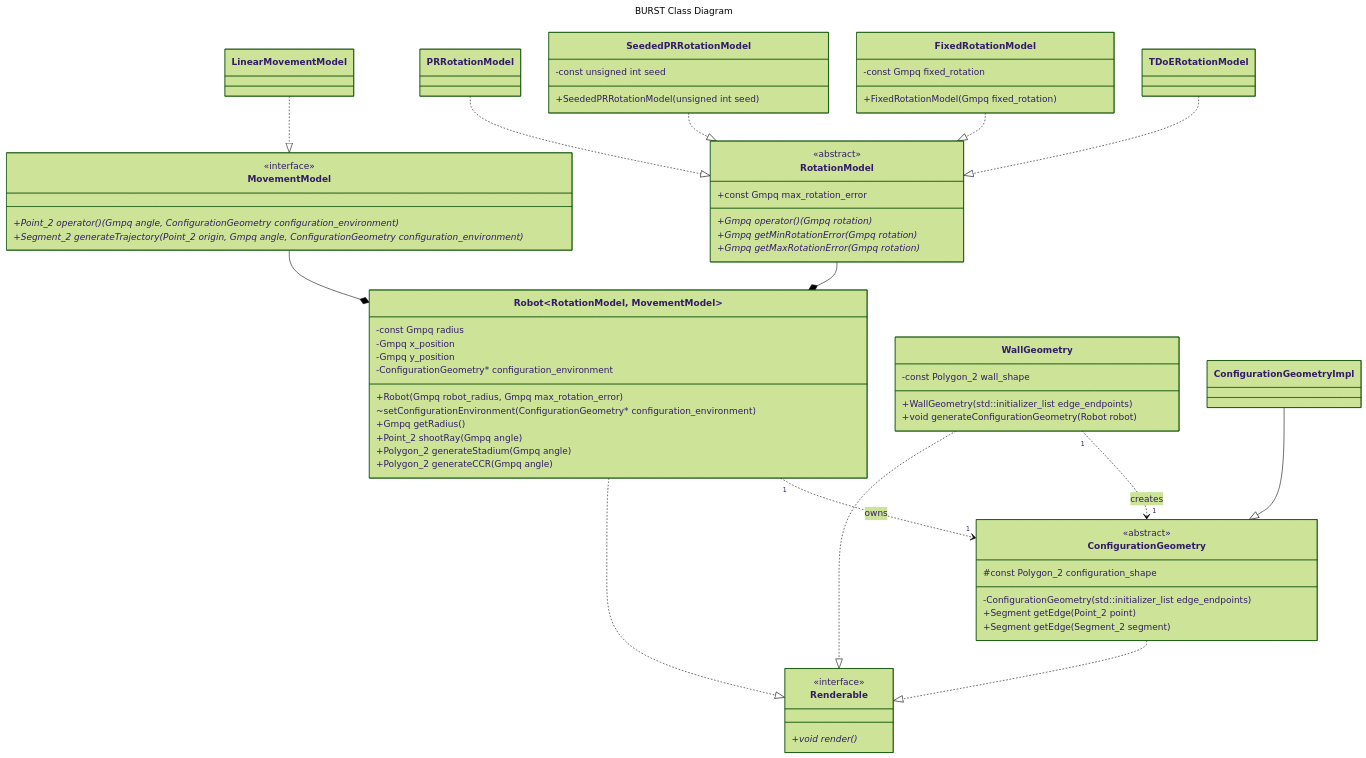
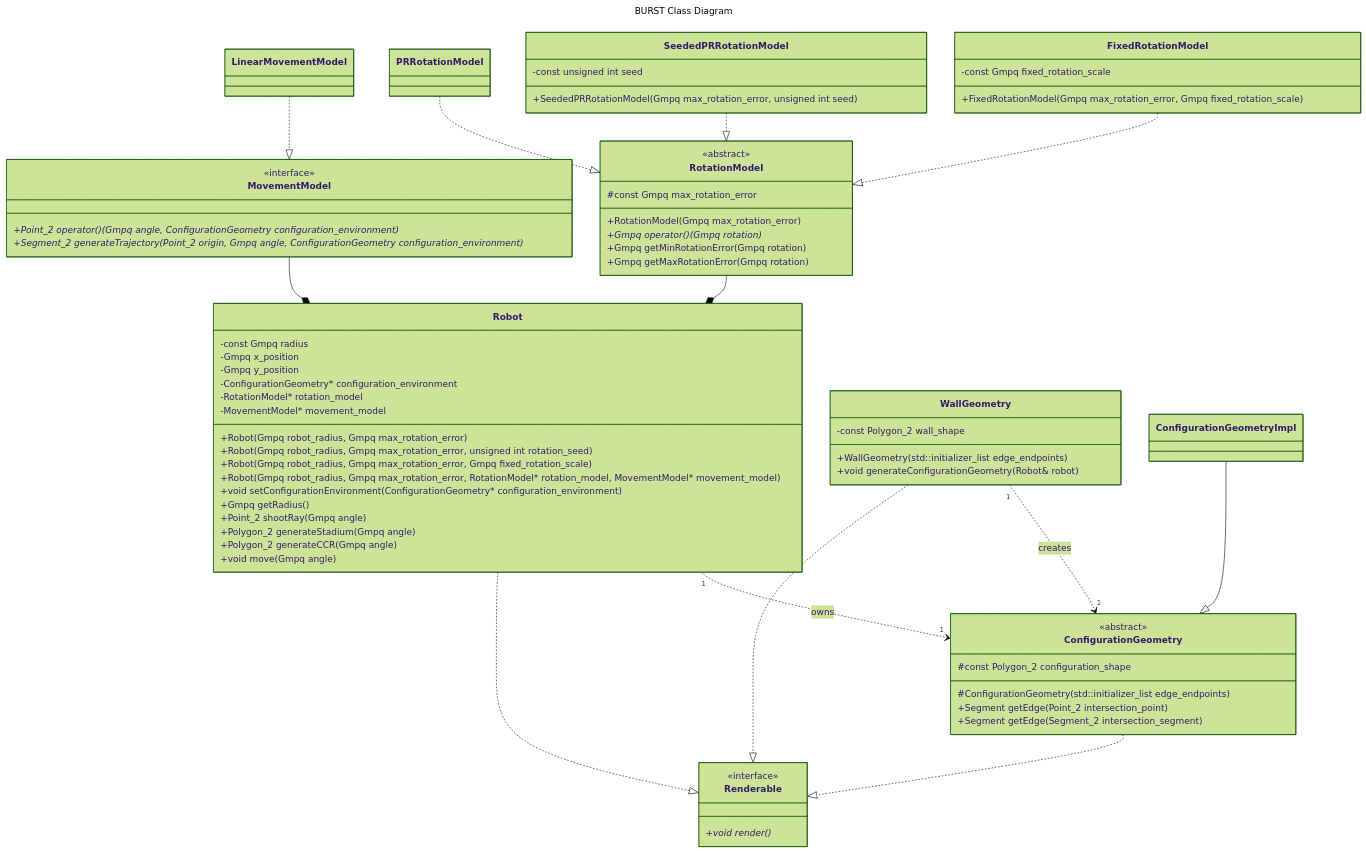
The diagram in docs/DESIGN.md (KedarPanchal/DAIR-BURST), drawn with Mermaid (forest theme) before and after one commit. The commit also changed 5 other files, not shown here.

```diff
--- a/docs/DESIGN.md
+++ b/docs/DESIGN.md
@@ -20,10 +20,12 @@
 classDiagram
     direction TD
     class RotationModel {
-        +const Gmpq max_rotation_error
+        #const Gmpq max_rotation_error
+
+        +RotationModel(Gmpq max_rotation_error)
         +Gmpq operator() (Gmpq rotation)*
-        +Gmpq getMinRotationError(Gmpq rotation)*
-        +Gmpq getMaxRotationError(Gmpq rotation)*
+        +Gmpq getMinRotationError(Gmpq rotation)
+        +Gmpq getMaxRotationError(Gmpq rotation)
     }
     <<abstract>> RotationModel
     
@@ -32,18 +34,16 @@
 
     class SeededPRRotationModel {
         -const unsigned int seed
-        +SeededPRRotationModel(unsigned int seed)
+
+        +SeededPRRotationModel(Gmpq max_rotation_error, unsigned int seed)
     }
     SeededPRRotationModel ..|> RotationModel
 
     class FixedRotationModel {
-        -const Gmpq fixed_rotation
-        +FixedRotationModel(Gmpq fixed_rotation)
+        -const Gmpq fixed_rotation_scale
+        +FixedRotationModel(Gmpq max_rotation_error, Gmpq fixed_rotation_scale)
     }
     FixedRotationModel ..|> RotationModel
-
-    class TDoERotationModel
-    TDoERotationModel ..|> RotationModel
 
     class MovementModel {
         +Point_2 operator() (Gmpq angle, ConfigurationGeometry configuration_environment)*
@@ -59,18 +59,24 @@
     }
     <<interface>> Renderable
 
-    class Robot~RotationModel, MovementModel~ {
+    class Robot {
         -const Gmpq radius
         -Gmpq x_position
         -Gmpq y_position
         -ConfigurationGeometry* configuration_environment
+        -RotationModel* rotation_model
+        -MovementModel* movement_model
 
         +Robot(Gmpq robot_radius, Gmpq max_rotation_error)
-        ~setConfigurationEnvironment(ConfigurationGeometry* configuration_environment)
+        +Robot(Gmpq robot_radius, Gmpq max_rotation_error, unsigned int rotation_seed)
+        +Robot(Gmpq robot_radius, Gmpq max_rotation_error, Gmpq fixed_rotation_scale)
+        +Robot(Gmpq robot_radius, Gmpq max_rotation_error, RotationModel* rotation_model, MovementModel* movement_model)
+        +void setConfigurationEnvironment(ConfigurationGeometry* configuration_environment)
         +Gmpq getRadius()
         +Point_2 shootRay(Gmpq angle)
         +Polygon_2 generateStadium(Gmpq angle)
         +Polygon_2 generateCCR(Gmpq angle)
+        +void move(Gmpq angle)
     }
     Robot ..|> Renderable
     MovementModel --* Robot
@@ -78,16 +84,18 @@
 
     class WallGeometry {
         -const Polygon_2 wall_shape
+
         +WallGeometry(std::initializer_list<Point_2> edge_endpoints)
-        +void generateConfigurationGeometry(Robot robot)
+        +void generateConfigurationGeometry(Robot& robot)
     }
     WallGeometry ..|> Renderable
 
     class ConfigurationGeometry {
         #const Polygon_2 configuration_shape
-        -ConfigurationGeometry(std::initializer_list<Point_2> edge_endpoints)
-        +Segment getEdge(Point_2 point)
-        +Segment getEdge(Segment_2 segment)
+
+        #ConfigurationGeometry(std::initializer_list<Point_2> edge_endpoints)
+        +Segment getEdge(Point_2 intersection_point)
+        +Segment getEdge(Segment_2 intersection_segment)
     }
     <<abstract>> ConfigurationGeometry
     ConfigurationGeometry ..|> Renderable
```
